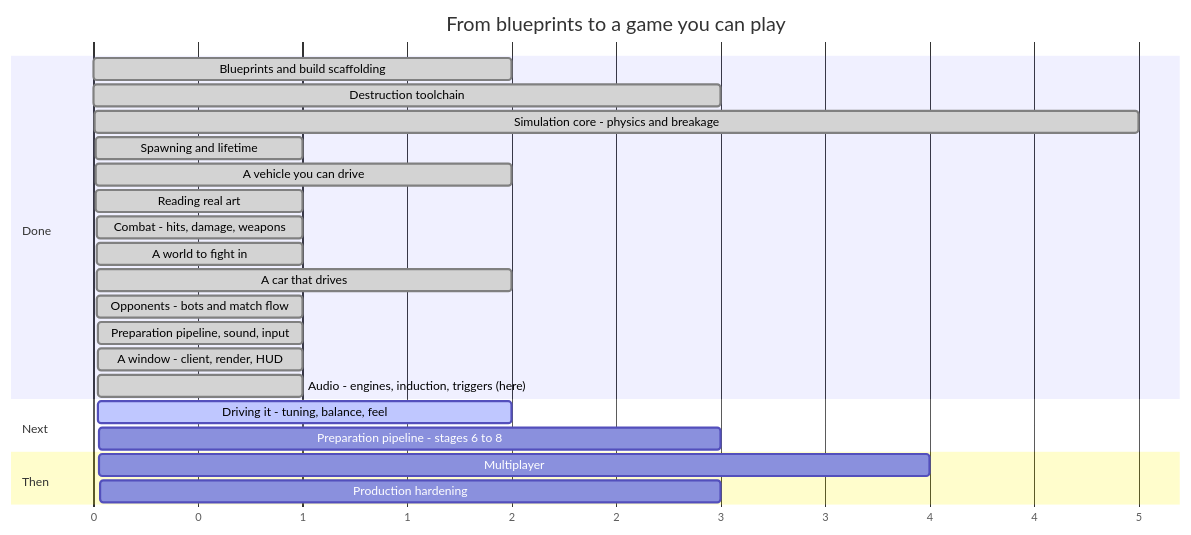
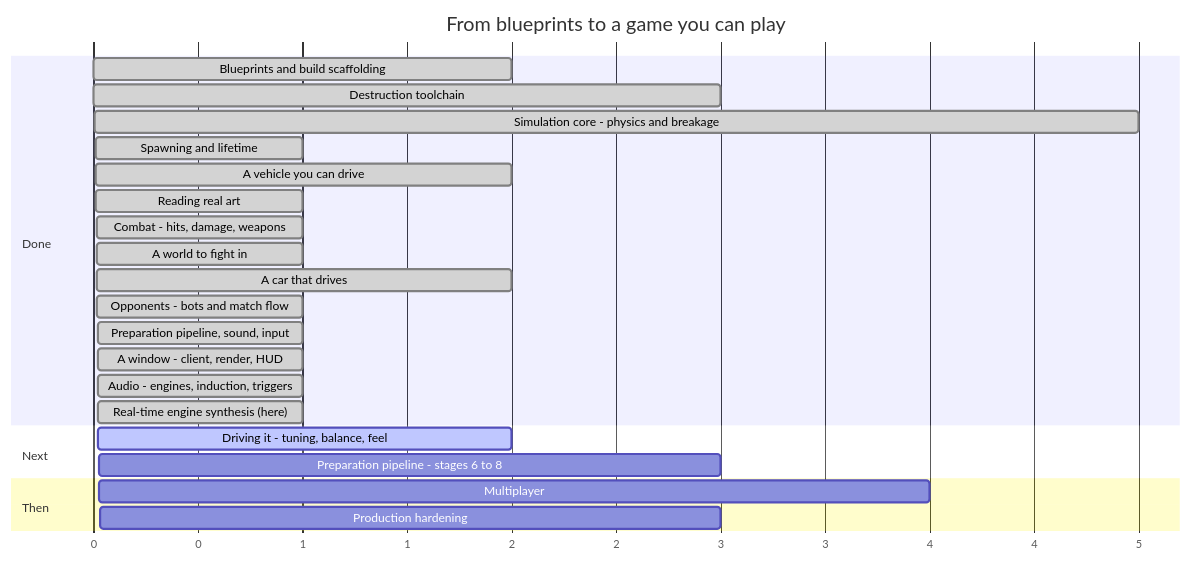
The diagram in ROADMAP.md (RobLobsta/Syndicate), drawn with Mermaid before and after one commit. The commit also changed other lines of this file and 49 other files, not shown here.

````diff
--- a/ROADMAP.md
+++ b/ROADMAP.md
@@ -18,29 +18,30 @@
 ```mermaid
 gantt
     title From blueprints to a game you can play
     dateFormat X
     axisFormat %s
 
     section Done
     Blueprints and build scaffolding        :done, p0, 0, 2
     Destruction toolchain                   :done, p1, 2, 3
     Simulation core - physics and breakage   :done, p2, 5, 5
     Spawning and lifetime                   :done, p3, 10, 1
     A vehicle you can drive                 :done, p4, 11, 2
     Reading real art                        :done, p6a, 13, 1
     Combat - hits, damage, weapons          :done, p5, 14, 1
     A world to fight in                     :done, p6, 15, 1
     A car that drives                       :done, p6b, 16, 2
     Opponents - bots and match flow         :done, p8, 18, 1
     Preparation pipeline, sound, input      :done, p6c, 19, 1
     A window - client, render, HUD          :done, p7, 20, 1
-    Audio - engines, induction, triggers (here) :done, p7b, 21, 1
+    Audio - engines, induction, triggers    :done, p7b, 21, 1
+    Real-time engine synthesis (here)       :done, p7c, 22, 1
 
     section Next
-    Driving it - tuning, balance, feel      :active, p11, 22, 2
+    Driving it - tuning, balance, feel      :active, p11, 23, 2
     Preparation pipeline - stages 6 to 8    :p6d, 24, 3
 
     section Then
     Multiplayer                             :p9, 26, 4
     Production hardening                    :p10, 30, 3
 ```
````
